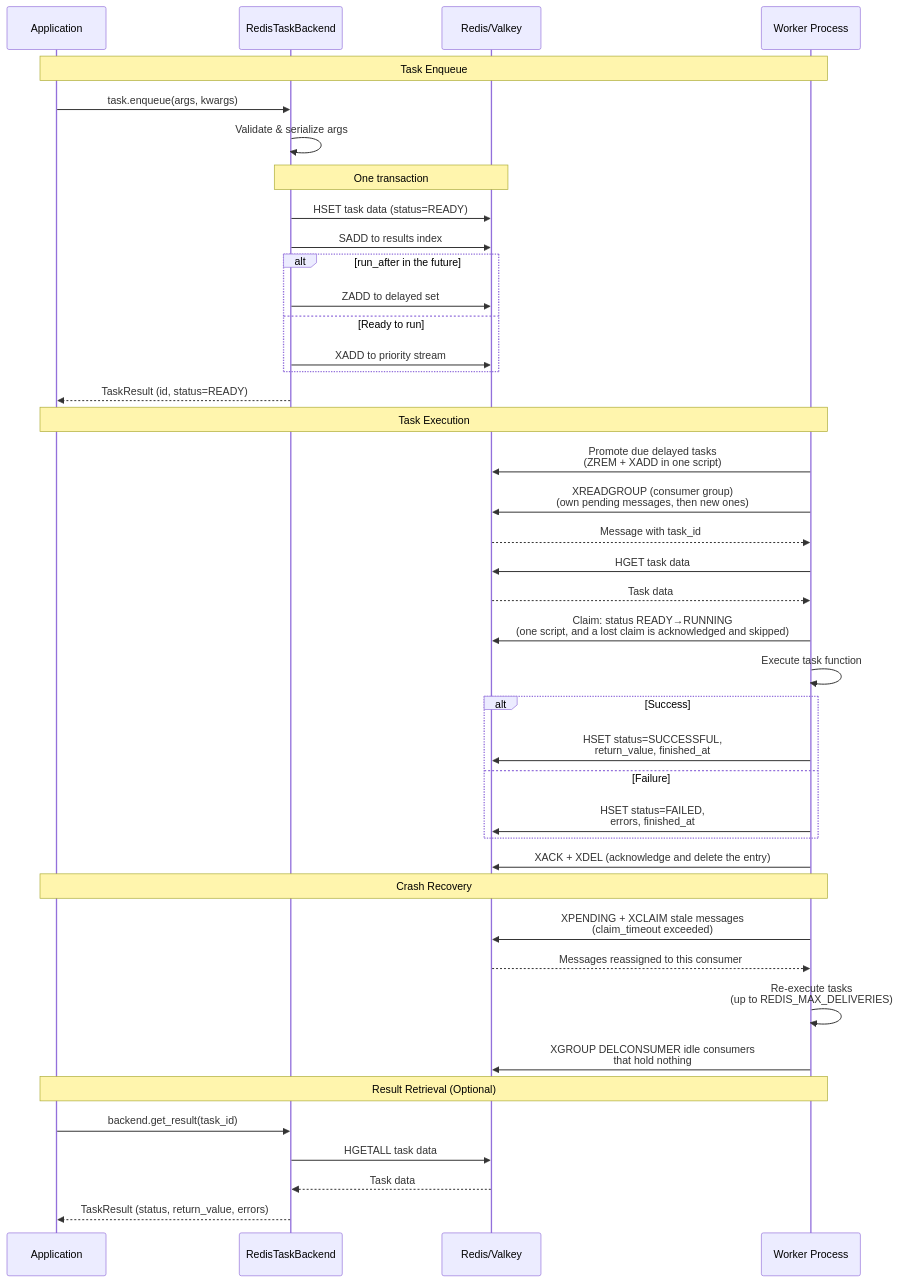
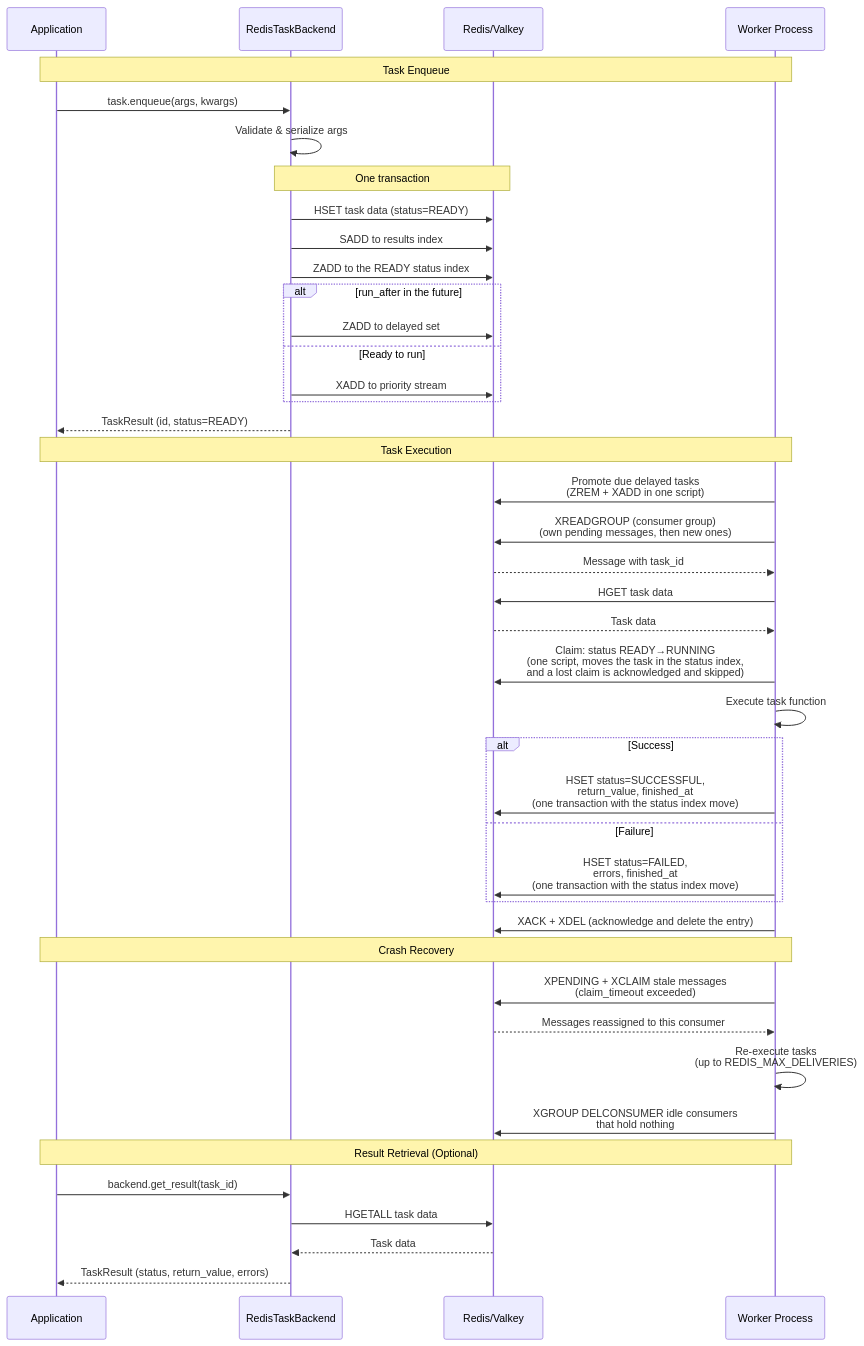
Before and after one commit to kokhoor/django-tasks-redis: the diagram in README.md, drawn with Mermaid. The commit also changed other lines of this file and 11 other files, not shown here.

First line of the commit message:
feat: read the task counts from a status index instead of every stored result (#48) (#53)

````diff
--- a/README.md
+++ b/README.md
@@ -24,47 +24,48 @@
 ```mermaid
 sequenceDiagram
     participant App as Application
     participant Backend as RedisTaskBackend
     participant Redis as Redis/Valkey
     participant Worker as Worker Process
 
     Note over App,Worker: Task Enqueue
     App->>Backend: task.enqueue(args, kwargs)
     Backend->>Backend: Validate & serialize args
     Note over Backend,Redis: One transaction
     Backend->>Redis: HSET task data (status=READY)
     Backend->>Redis: SADD to results index
+    Backend->>Redis: ZADD to the READY status index
     alt run_after in the future
         Backend->>Redis: ZADD to delayed set
     else Ready to run
         Backend->>Redis: XADD to priority stream
     end
     Backend-->>App: TaskResult (id, status=READY)
 
     Note over App,Worker: Task Execution
     Worker->>Redis: Promote due delayed tasks<br/>(ZREM + XADD in one script)
     Worker->>Redis: XREADGROUP (consumer group)<br/>(own pending messages, then new ones)
     Redis-->>Worker: Message with task_id
     Worker->>Redis: HGET task data
     Redis-->>Worker: Task data
-    Worker->>Redis: Claim: status READY→RUNNING<br/>(one script, and a lost claim is acknowledged and skipped)
+    Worker->>Redis: Claim: status READY→RUNNING<br/>(one script, moves the task in the status index,<br/>and a lost claim is acknowledged and skipped)
     Worker->>Worker: Execute task function
     alt Success
-        Worker->>Redis: HSET status=SUCCESSFUL,<br/>return_value, finished_at
+        Worker->>Redis: HSET status=SUCCESSFUL,<br/>return_value, finished_at<br/>(one transaction with the status index move)
     else Failure
-        Worker->>Redis: HSET status=FAILED,<br/>errors, finished_at
+        Worker->>Redis: HSET status=FAILED,<br/>errors, finished_at<br/>(one transaction with the status index move)
     end
     Worker->>Redis: XACK + XDEL (acknowledge and delete the entry)
 
     Note over App,Worker: Crash Recovery
     Worker->>Redis: XPENDING + XCLAIM stale messages<br/>(claim_timeout exceeded)
     Redis-->>Worker: Messages reassigned to this consumer
     Worker->>Worker: Re-execute tasks<br/>(up to REDIS_MAX_DELIVERIES)
     Worker->>Redis: XGROUP DELCONSUMER idle consumers<br/>that hold nothing
 
     Note over App,Worker: Result Retrieval (Optional)
     App->>Backend: backend.get_result(task_id)
     Backend->>Redis: HGETALL task data
     Redis-->>Backend: Task data
     Backend-->>App: TaskResult (status, return_value, errors)
 ```
````
